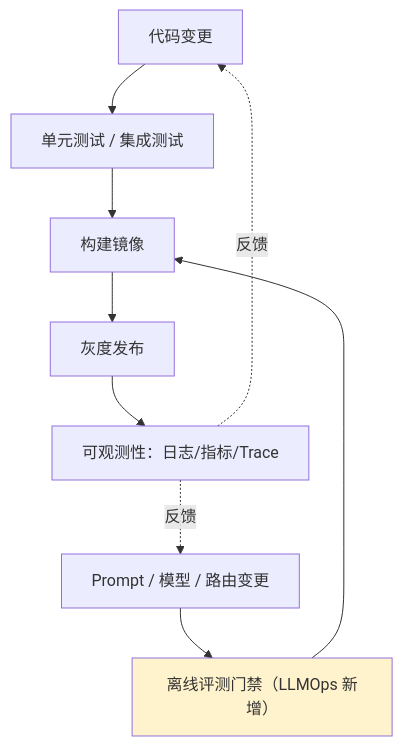
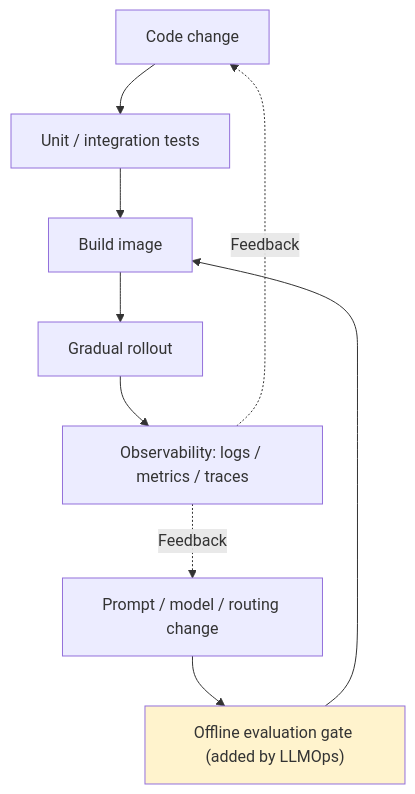
The second of 2 diagrams in docs/engineering/01-foundations/01-llmops-vs-mlops-devops.md (oneleaveknowsthefall/awesome-ai-roadmap), drawn with Mermaid before and after one commit. The commit also changed other lines of this file and 82 other files, not shown here.

````diff
--- a/docs/engineering/01-foundations/01-llmops-vs-mlops-devops.md
+++ b/docs/engineering/01-foundations/01-llmops-vs-mlops-devops.md
@@ -46,13 +46,13 @@
 ```mermaid
 flowchart TB
-    Code["代码变更"] --> UnitTest["单元测试 / 集成测试"]
-    Prompt["Prompt / 模型 / 路由变更"] --> EvalGate["离线评测门禁（LLMOps 新增）"]
-    UnitTest --> Build["构建镜像"]
+    Code["Code change"] --> UnitTest["Unit / integration tests"]
+    Prompt["Prompt / model / routing change"] --> EvalGate["Offline evaluation gate (added by LLMOps)"]
+    UnitTest --> Build["Build image"]
     EvalGate --> Build
-    Build --> Deploy["灰度发布"]
-    Deploy --> Observe["可观测性：日志/指标/Trace"]
-    Observe -.反馈.-> Prompt
-    Observe -.反馈.-> Code
+    Build --> Deploy["Gradual rollout"]
+    Deploy --> Observe["Observability: logs / metrics / traces"]
+    Observe -.Feedback.-> Prompt
+    Observe -.Feedback.-> Code
 
     style EvalGate fill:#fff3cd
 ```
````
